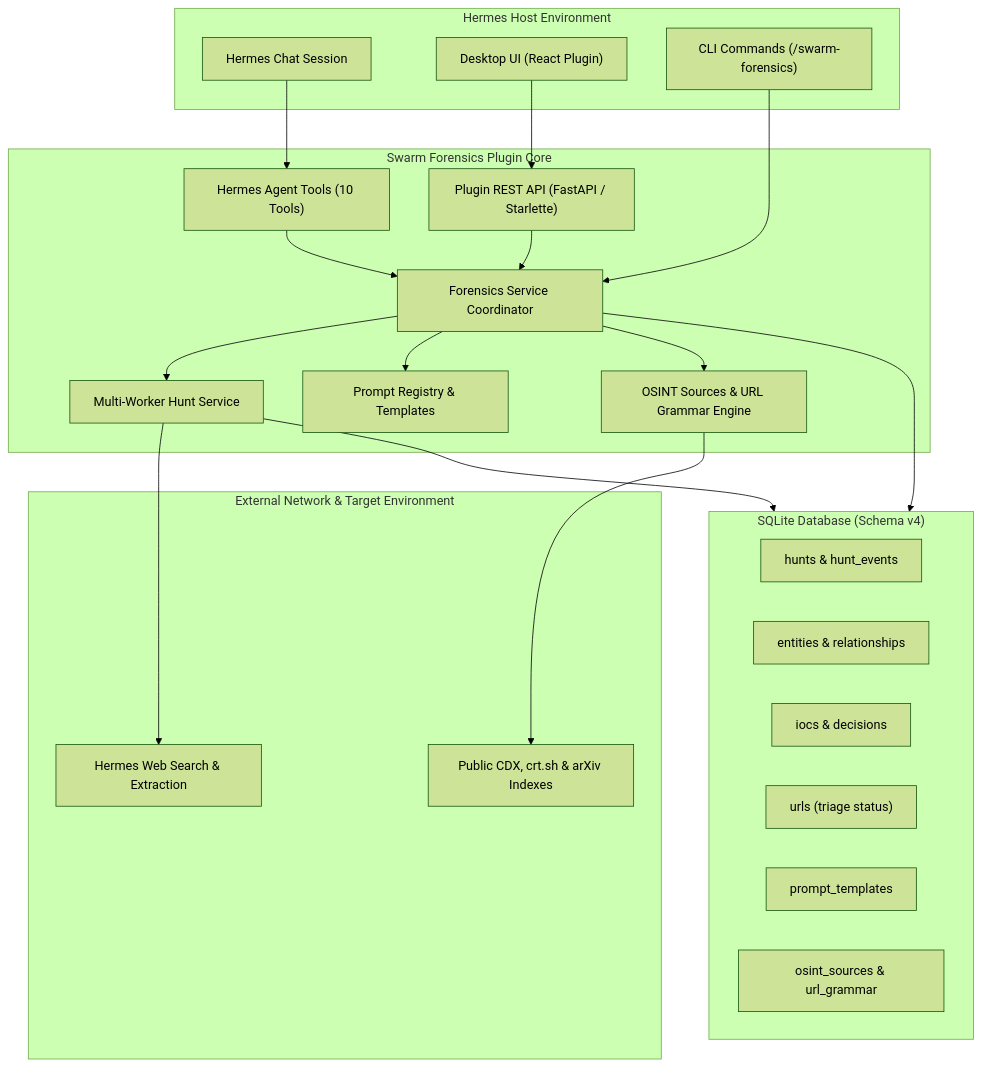
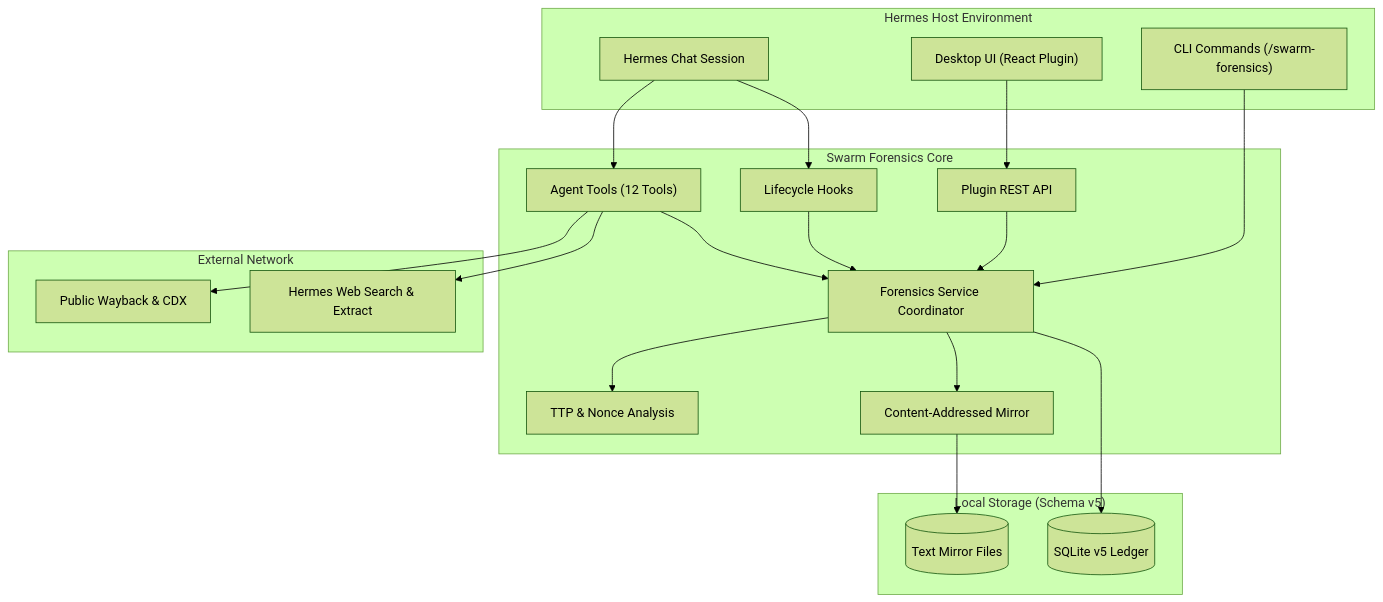
Before and after one commit to christopherwoodall/swarm-forensics: the first of 2 diagrams in pug-research/hermes-plugin/README.md, drawn with Mermaid (forest theme). The commit also changed other lines of this file and 82 other files, not shown here.

````diff
--- a/pug-research/hermes-plugin/README.md
+++ b/pug-research/hermes-plugin/README.md
@@ -71,44 +9,41 @@
 ```mermaid
 flowchart TD
     subgraph Host["Hermes Host Environment"]
         Chat["Hermes Chat Session"]
         Desktop["Desktop UI (React Plugin)"]
         CLI["CLI Commands (/swarm-forensics)"]
     end
 
-    subgraph PluginCore["Swarm Forensics Plugin Core"]
-        AgentTools["Hermes Agent Tools (10 Tools)"]
-        PluginAPI["Plugin REST API (FastAPI / Starlette)"]
+    subgraph PluginCore["Swarm Forensics Core"]
+        Hooks["Lifecycle Hooks"]
+        Tools["Agent Tools (12 Tools)"]
+        PluginAPI["Plugin REST API"]
         Service["Forensics Service Coordinator"]
-        HuntService["Multi-Worker Hunt Service"]
-        PromptRegistry["Prompt Registry & Templates"]
-        OSINT["OSINT Sources & URL Grammar Engine"]
+        Analysis["TTP & Nonce Analysis"]
+        MirrorStore["Content-Addressed Mirror"]
     end
 
-    subgraph DataStore["SQLite Database (Schema v4)"]
-        HuntsTbl["hunts & hunt_events"]
-        EntitiesTbl["entities & relationships"]
-        IocsTbl["iocs & decisions"]
-        UrlsTbl["urls (triage status)"]
-        PromptsTbl["prompt_templates"]
-        SourcesTbl["osint_sources & url_grammar"]
+    subgraph Storage["Local Storage (Schema v5)"]
+        DB[("SQLite v5 Ledger")]
+        MirrorFiles[("Text Mirror Files")]
     end
 
-    subgraph External["External Network & Target Environment"]
-        WebSearch["Hermes Web Search & Extraction"]
-        PublicIndexes["Public CDX, crt.sh & arXiv Indexes"]
+    subgraph External["External Network"]
+        Web["Hermes Web Search & Extract"]
+        PublicIndexes["Public Wayback & CDX"]
     end
 
-    Chat --> AgentTools
+    Chat --> Hooks
+    Chat --> Tools
+    Desktop --> PluginAPI
     CLI --> Service
-    Desktop --> PluginAPI
+    Hooks --> Service
+    Tools --> Service
     PluginAPI --> Service
-    AgentTools --> Service
-    Service --> HuntService
-    Service --> PromptRegistry
-    Service --> OSINT
-    HuntService --> WebSearch
-    OSINT --> PublicIndexes
-    Service --> DataStore
-    HuntService --> DataStore
+    Service --> DB
+    Service --> MirrorStore
+    MirrorStore --> MirrorFiles
+    Service --> Analysis
+    Tools --> Web
+    Tools --> PublicIndexes
 ```
````
